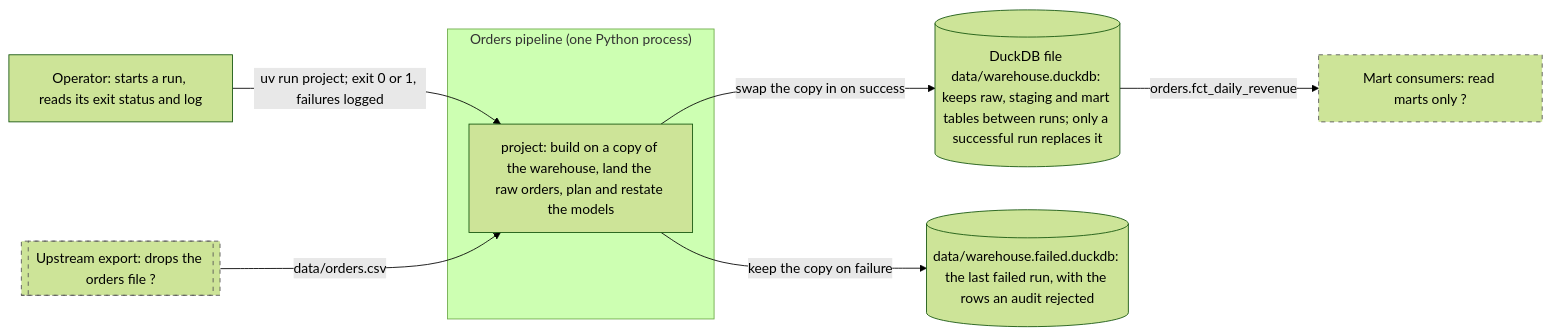
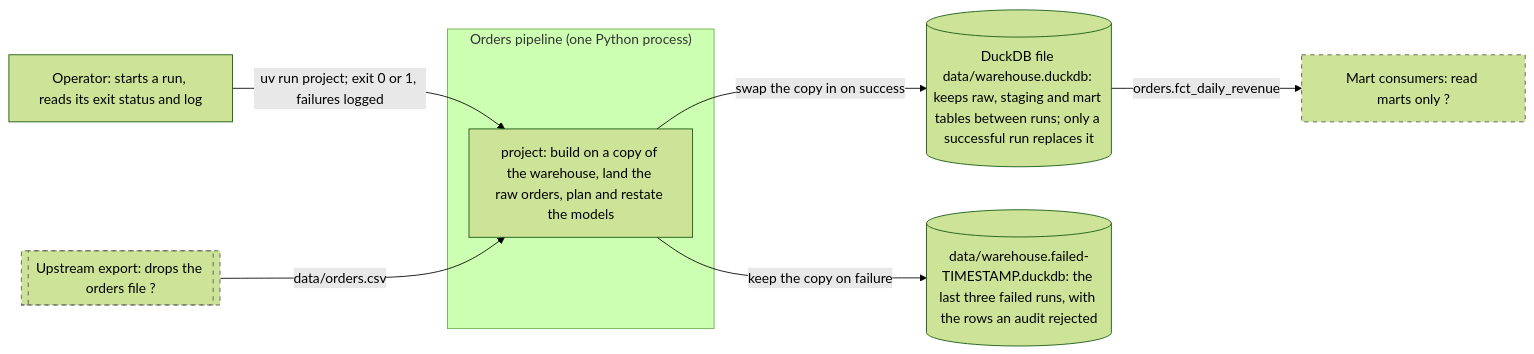
One commit to CarlosSolrac/template-sqlmesh-duckdb changed the first of 4 diagrams in docs/design.md. Above: the diagram before and after it, drawn with Mermaid (forest theme). The commit also changed other lines of this file and 2 other files, not shown here.

Commit message:
Document the failed-copy retention, the first-party setting and the model-test check

````diff
--- a/docs/design.md
+++ b/docs/design.md
@@ -32,17 +32,17 @@
 ```mermaid
 flowchart LR
     Operator["Operator: starts a run, reads its exit status and log"]
     Upstream[["Upstream export: drops the orders file ?"]]:::inferred
     Warehouse[("DuckDB file data/warehouse.duckdb: keeps raw, staging and mart tables between runs; only a successful run replaces it")]
-    Failed[("data/warehouse.failed.duckdb: the last failed run, with the rows an audit rejected")]
+    Failed[("data/warehouse.failed-TIMESTAMP.duckdb: the last three failed runs, with the rows an audit rejected")]
     Consumers["Mart consumers: read marts only ?"]:::inferred
     subgraph System["Orders pipeline (one Python process)"]
         Pipeline["project: build on a copy of the warehouse, land the raw orders, plan and restate the models"]
     end
     Operator -->|"uv run project; exit 0 or 1, failures logged"| Pipeline
     Upstream -->|"data/orders.csv"| Pipeline
     Pipeline -->|"swap the copy in on success"| Warehouse
     Pipeline -->|"keep the copy on failure"| Failed
     Warehouse -->|"orders.fct_daily_revenue"| Consumers
     classDef inferred stroke:#555,stroke-dasharray:5 5
 ```
````
